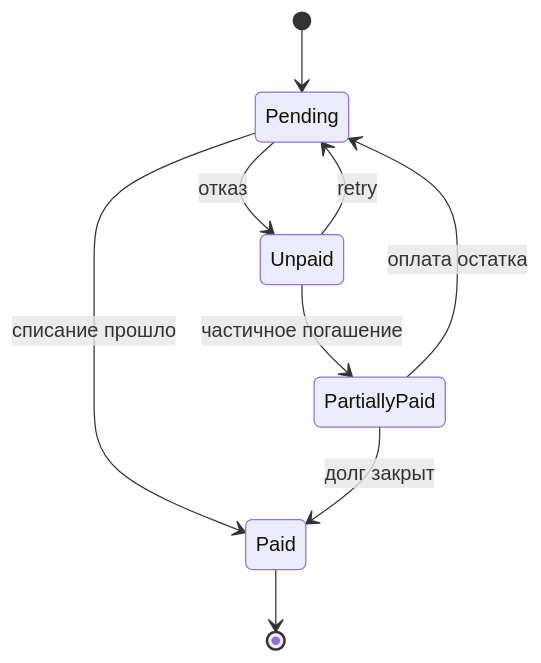
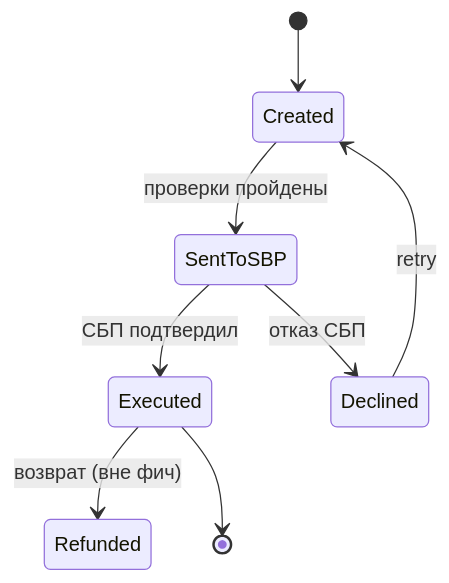
The third of 4 diagrams in knowledge/02-business-rules.md (Antipindima1/722), drawn with Mermaid before and after one commit. The commit also changed other lines of this file and 22 other files, not shown here.

````diff
--- a/knowledge/02-business-rules.md
+++ b/knowledge/02-business-rules.md
@@ -204,11 +128,10 @@
 ```mermaid
 stateDiagram-v2
-    [*] --> Pending
-    Pending --> Paid: списание прошло
-    Pending --> Unpaid: отказ
-    Unpaid --> Pending: retry
-    Unpaid --> PartiallyPaid: частичное погашение
-    PartiallyPaid --> Pending: оплата остатка
-    PartiallyPaid --> Paid: долг закрыт
-    Paid --> [*]
+    [*] --> Created
+    Created --> SentToSBP: проверки пройдены
+    SentToSBP --> Executed: СБП подтвердил
+    SentToSBP --> Declined: отказ СБП
+    Declined --> Created: retry
+    Executed --> Refunded: возврат (вне фич)
+    Executed --> [*]
 ```
````
